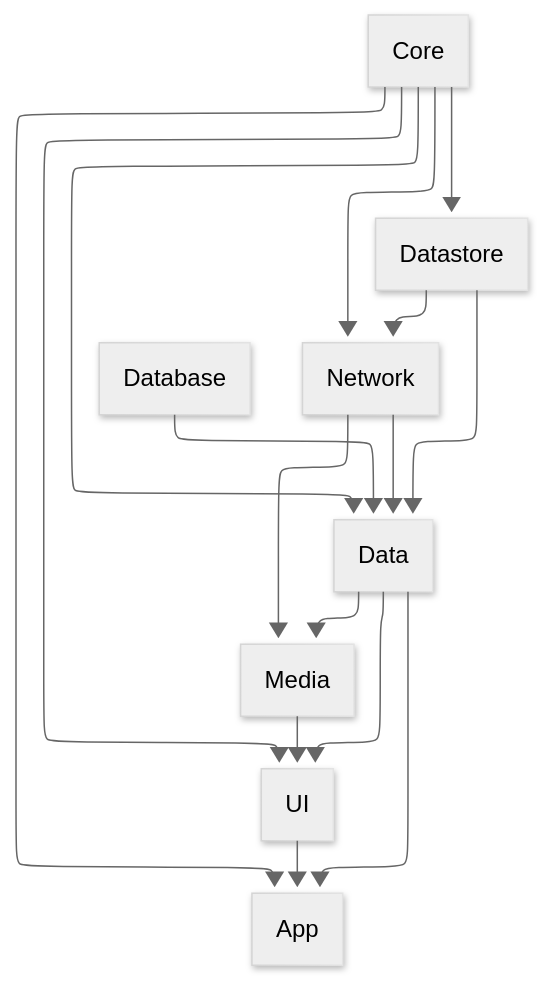
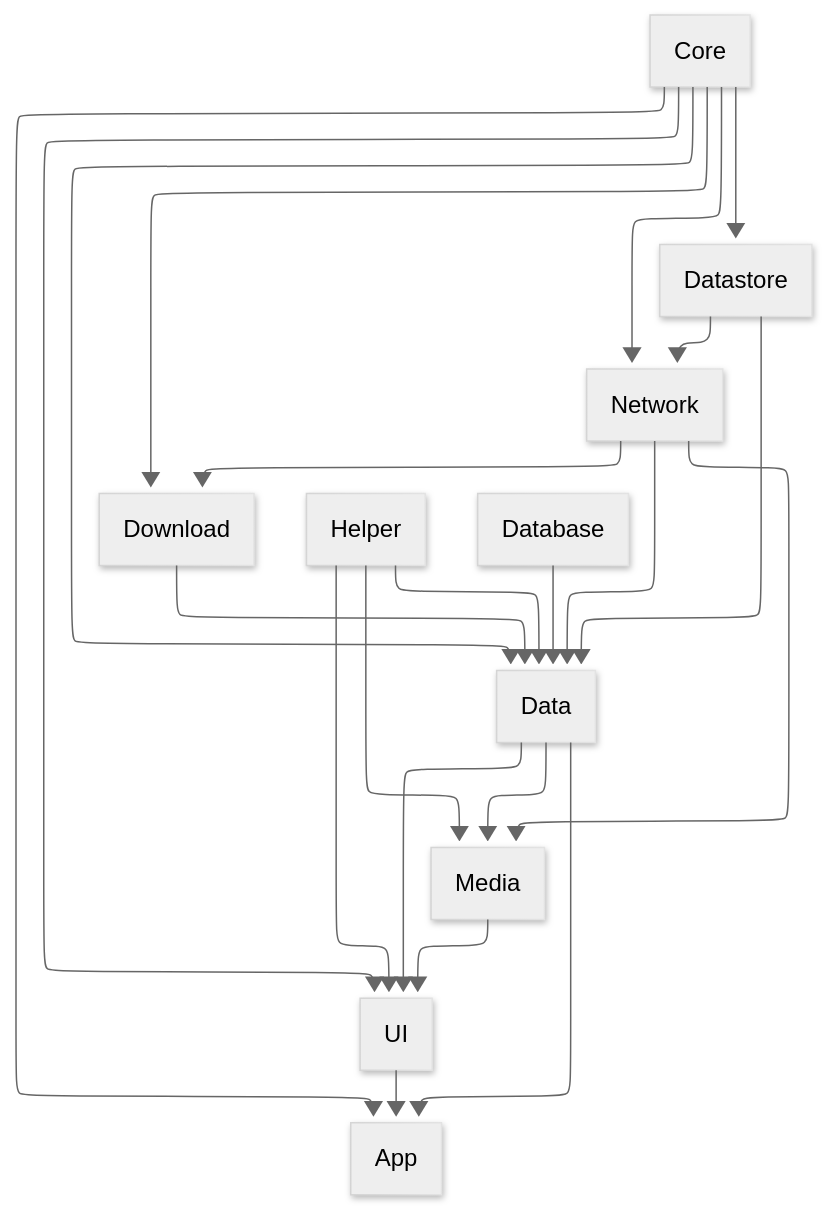
One commit to 100nandoo/shelfdroid changed the first of 2 diagrams in docs/DOCS.md. Above: the diagram before and after it, drawn with Mermaid. The commit also changed 1 other file, not shown here.

Commit message:
docs(Module-Dependencies): update graph

````diff
--- a/docs/DOCS.md
+++ b/docs/DOCS.md
@@ -11,17 +11,24 @@
 ```mermaid
 ---
 config:
+  layout: elk
+  theme: neutral
   look: neo
-  theme: neutral
-  layout: elk
 ---
 flowchart TD
+    Do["Download"]
+    H["Helper"]
+    H --> D
+    H --> U
+    H --> M
+    C --> Do
+    N --> Do
+    Do --> D
     D["Data"] --> U["UI"] & A["App"] & M["Media"]
     U --> A
     M --> U
     B["Database"] --> D
     S["Datastore"] --> D & N["Network"]
     N --> D & M
     C["Core"] --> A & D & S & N & U
-
 ```
````
